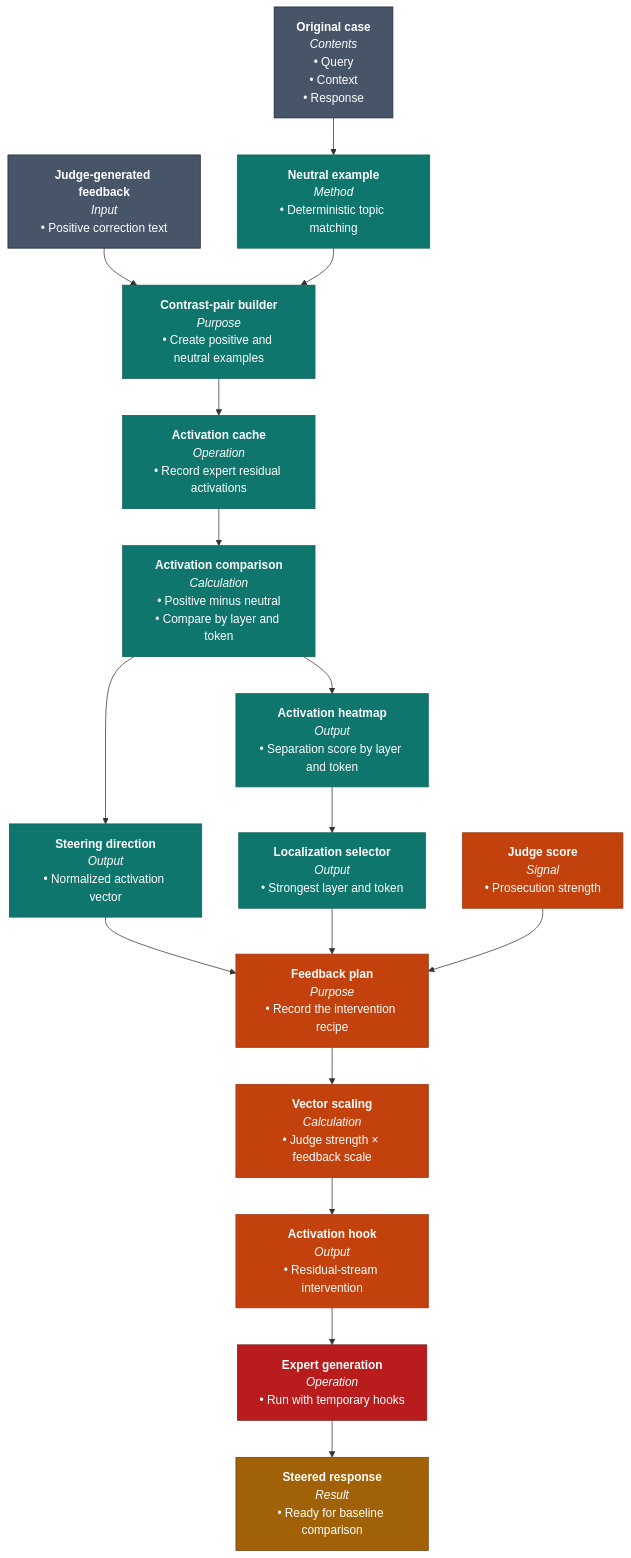
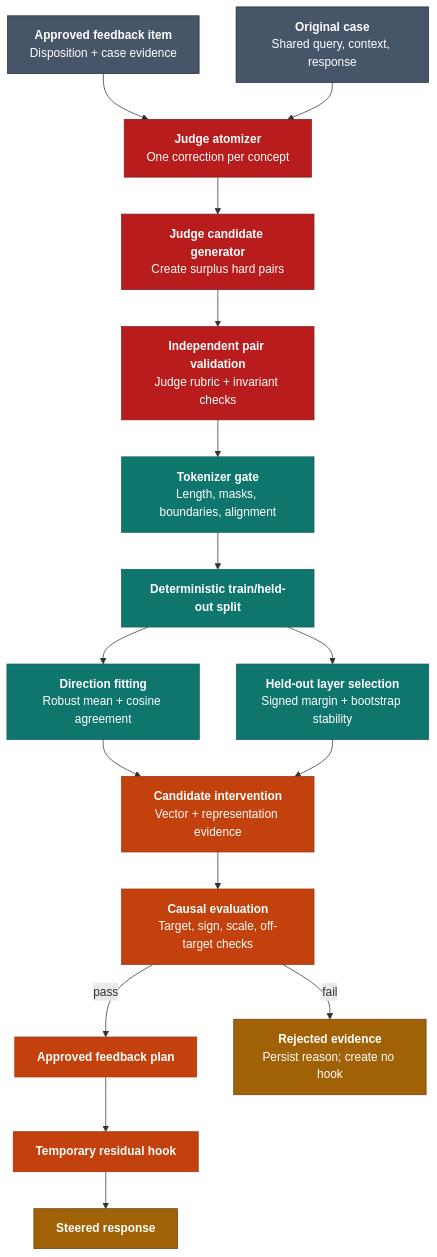
One commit to ForestDweller014/Specter changed the third of 6 diagrams in README.md. Above: the diagram before and after it, drawn with Mermaid. The commit also changed other lines of this file, not shown here.

First line of the commit message:
docs: Plan judge-generated contrasts

````diff
--- a/README.md
+++ b/README.md
@@ -314,30 +324,30 @@
 ```mermaid
 flowchart TB
-    Feedback["<b>Judge-generated feedback</b><br/><i>Input</i><br/>• Positive correction text"] --> Pairs["<b>Contrast-pair builder</b><br/><i>Purpose</i><br/>• Create positive and neutral examples"]
-    Case["<b>Original case</b><br/><i>Contents</i><br/>• Query<br/>• Context<br/>• Response"] --> Neutral["<b>Neutral example</b><br/><i>Method</i><br/>• Deterministic topic matching"]
-    Neutral --> Pairs
-    Pairs --> Cache["<b>Activation cache</b><br/><i>Operation</i><br/>• Record expert residual activations"]
-    Cache --> Difference["<b>Activation comparison</b><br/><i>Calculation</i><br/>• Positive minus neutral<br/>• Compare by layer and token"]
-    Difference --> Heatmap["<b>Activation heatmap</b><br/><i>Output</i><br/>• Separation score by layer and token"]
-    Difference --> Direction["<b>Steering direction</b><br/><i>Output</i><br/>• Normalized activation vector"]
-    Heatmap --> Select["<b>Localization selector</b><br/><i>Output</i><br/>• Strongest layer and token"]
-    Direction --> Plan["<b>Feedback plan</b><br/><i>Purpose</i><br/>• Record the intervention recipe"]
-    Select --> Plan
-    Strength["<b>Judge score</b><br/><i>Signal</i><br/>• Prosecution strength"] --> Plan
-    Plan --> Scale["<b>Vector scaling</b><br/><i>Calculation</i><br/>• Judge strength × feedback scale"]
-    Scale --> Hook["<b>Activation hook</b><br/><i>Output</i><br/>• Residual-stream intervention"]
-    Hook --> Model["<b>Expert generation</b><br/><i>Operation</i><br/>• Run with temporary hooks"]
-    Model --> Output["<b>Steered response</b><br/><i>Result</i><br/>• Ready for baseline comparison"]
+    Feedback["<b>Approved feedback item</b><br/>Disposition + case evidence"] --> Atomize["<b>Judge atomizer</b><br/>One correction per concept"]
+    Case["<b>Original case</b><br/>Shared query, context, response"] --> Atomize
+    Atomize --> Generate["<b>Judge candidate generator</b><br/>Create surplus hard pairs"]
+    Generate --> Validate["<b>Independent pair validation</b><br/>Judge rubric + invariant checks"]
+    Validate --> TokenGate["<b>Tokenizer gate</b><br/>Length, masks, boundaries, alignment"]
+    TokenGate --> Split["<b>Deterministic train/held-out split</b>"]
+    Split --> Direction["<b>Direction fitting</b><br/>Robust mean + cosine agreement"]
+    Split --> HeldOut["<b>Held-out layer selection</b><br/>Signed margin + bootstrap stability"]
+    Direction --> Candidate["<b>Candidate intervention</b><br/>Vector + representation evidence"]
+    HeldOut --> Candidate
+    Candidate --> Causal["<b>Causal evaluation</b><br/>Target, sign, scale, off-target checks"]
+    Causal -->|"pass"| Plan["<b>Approved feedback plan</b>"]
+    Causal -->|"fail"| Reject["<b>Rejected evidence</b><br/>Persist reason; create no hook"]
+    Plan --> Hook["<b>Temporary residual hook</b>"]
+    Hook --> Output["<b>Steered response</b>"]
 
     class Feedback,Case external
-    class Pairs,Neutral,Cache,Difference,Heatmap,Direction,Select teal
-    class Plan,Strength,Scale,Hook application
-    class Model inference
-    class Output memory
+    class Atomize,Generate,Validate inference
+    class TokenGate,Split,Direction,HeldOut teal
+    class Candidate,Causal,Plan,Hook application
+    class Reject,Output memory
 
     classDef external fill:#475569,stroke:#1E293B,color:#FFFFFF
     classDef teal fill:#0F766E,stroke:#115E59,color:#FFFFFF
     classDef application fill:#C2410C,stroke:#9A3412,color:#FFFFFF
     classDef inference fill:#B91C1C,stroke:#7F1D1D,color:#FFFFFF
     classDef memory fill:#A16207,stroke:#713F12,color:#FFFFFF
 ```
````
